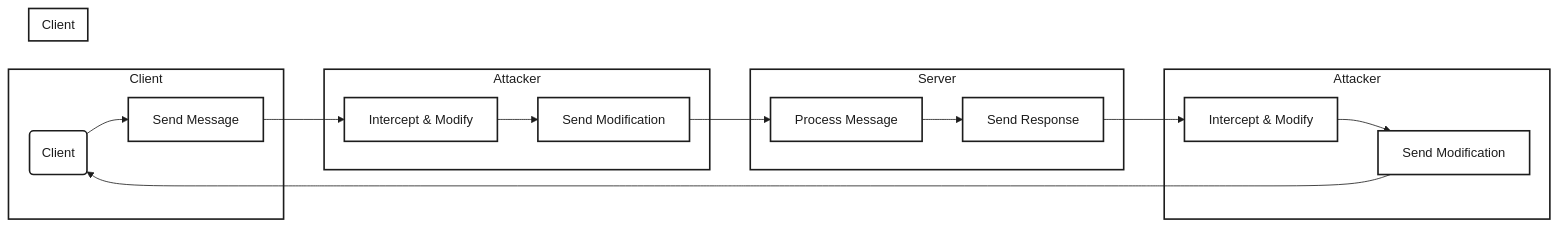
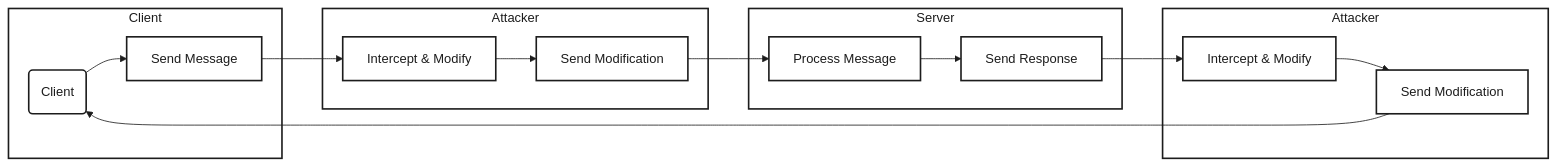
The diagram in slides/weekeight/index.qmd (SecuritySynapse/www.securitysynapse.org), drawn with Mermaid before and after one commit.

Commit message:
refactor: Further improve the diagram in the slides/weekeight/index.qmd to make it easier to see and interpret.

````diff
--- a/slides/weekeight/index.qmd
+++ b/slides/weekeight/index.qmd
@@ -68,41 +68,38 @@
 ```{mermaid}
 %%| echo: false
 flowchart LR
   subgraph c1["Client"]
     A(Client) --> B[Send Message]
   end
 
   subgraph att1["Attacker"]
     B --> X[Intercept & Modify]
     X --> C[Send Modification]
   end
 
   subgraph srv["Server"]
     C --> D[Process Message]
     D --> Y[Send Response]
   end
 
   subgraph att2["Attacker"]
     Y --> Z[Intercept & Modify]
     Z --> F[Send Modification]
   end
 
-  subgraph c2["Client"]
-    F --> A
-  end
+  F --> A
 
   style c1 fill:#fff,color:#1c1c1c,stroke:#1c1c1c,stroke-width:2px
-  style c2 fill:#fff,color:#1c1c1c,stroke:#1c1c1c,stroke-width:2px
   style srv fill:#fff,color:#1c1c1c,stroke:#1c1c1c,stroke-width:2px
   style att1 fill:#fff,color:#1c1c1c,stroke:#1c1c1c,stroke-width:2px
   style att2 fill:#fff,color:#1c1c1c,stroke:#1c1c1c,stroke-width:2px
   style A fill:#fff,color:#1c1c1c,stroke:#1c1c1c,stroke-width:2px
   style B fill:#fff,color:#1c1c1c,stroke:#1c1c1c,stroke-width:2px
   style C fill:#fff,color:#1c1c1c,stroke:#1c1c1c,stroke-width:2px
   style D fill:#fff,color:#1c1c1c,stroke:#1c1c1c,stroke-width:2px
   style F fill:#fff,color:#1c1c1c,stroke:#1c1c1c,stroke-width:2px
   style X fill:#fff,color:#1c1c1c,stroke:#1c1c1c,stroke-width:2px
   style Y fill:#fff,color:#1c1c1c,stroke:#1c1c1c,stroke-width:2px
   style Z fill:#fff,color:#1c1c1c,stroke:#1c1c1c,stroke-width:2px
   linkStyle 0,1,2,3,4,5,6,7 stroke:#1c1c1c,color:#1c1c1c
 ```
````
